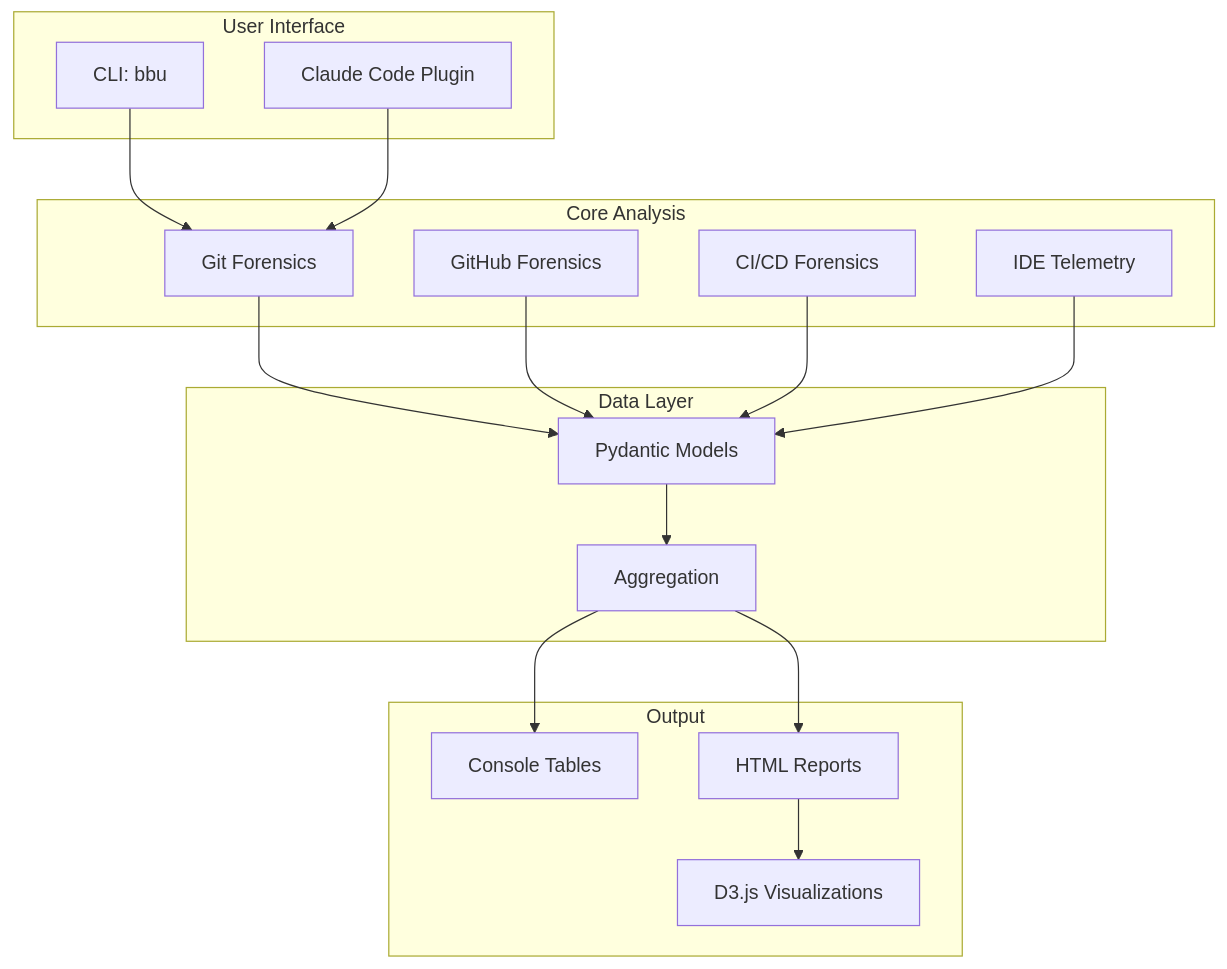
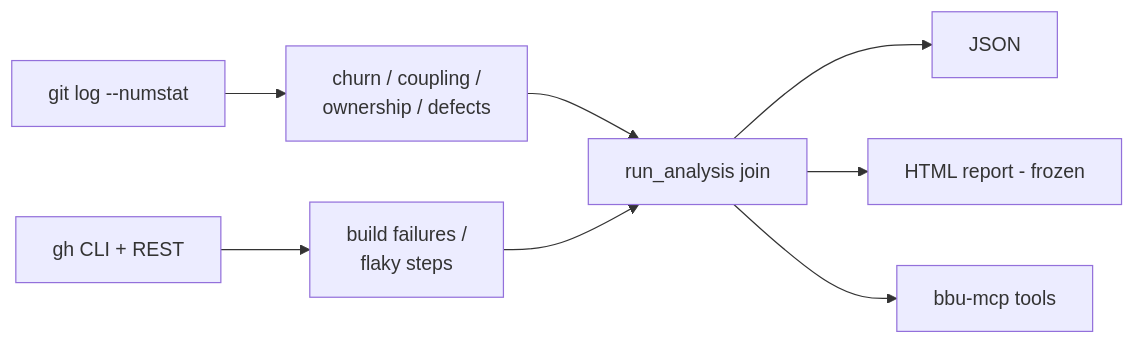
The diagram in docs/ARCHITECTURE.md (michael-denyer/black-box-unlock), drawn with Mermaid before and after one commit. The commit also changed other lines of this file and 3 other files, not shown here.

First line of the commit message:
docs: describe the architecture that exists, correct signal formulas

````diff
--- a/docs/ARCHITECTURE.md
+++ b/docs/ARCHITECTURE.md
@@ -9,36 +47,10 @@
 ```mermaid
-flowchart TD
-    subgraph Interface["User Interface"]
-        CLI[CLI: bbu]
-        Plugin[Claude Code Plugin]
-    end
-
-    subgraph Core["Core Analysis"]
-        GIT[Git Forensics]
-        GH[GitHub Forensics]
-        CICD[CI/CD Forensics]
-        IDE[IDE Telemetry]
-    end
-
-    subgraph Output["Output"]
-        Console[Console Tables]
-        HTML[HTML Reports]
-        D3[D3.js Visualizations]
-    end
-
-    subgraph Data["Data Layer"]
-        Models[Pydantic Models]
-        Agg[Aggregation]
-    end
-
-    CLI --> GIT
-    Plugin --> GIT
-    GIT --> Models
-    GH --> Models
-    CICD --> Models
-    IDE --> Models
-    Models --> Agg
-    Agg --> Console
-    Agg --> HTML
-    HTML --> D3
+flowchart LR
+    Git[git log --numstat] --> Parse[churn / coupling /<br/>ownership / defects]
+    GH[gh CLI + REST] --> CI[build failures /<br/>flaky steps]
+    Parse --> Join[run_analysis join]
+    CI --> Join
+    Join --> JSON[JSON]
+    Join --> HTML[HTML report - frozen]
+    Join --> MCP[bbu-mcp tools]
 ```
````
